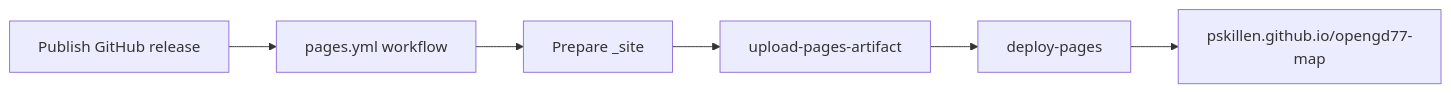
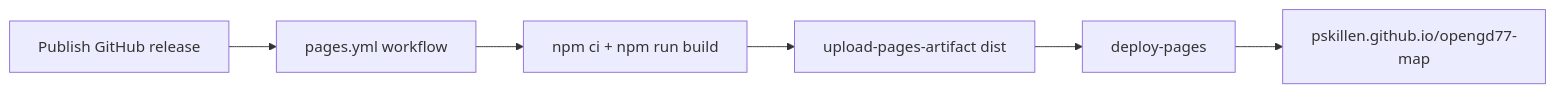
Before and after one commit to pskillen/codeplug-tool: the diagram in docs/build/README.md, drawn with Mermaid. The commit also changed other lines of this file and 3 other files, not shown here.

````diff
--- a/docs/build/README.md
+++ b/docs/build/README.md
@@ -46,8 +50,8 @@
 ```mermaid
 flowchart LR
   TAG[Publish GitHub release] --> WF[pages.yml workflow]
-  WF --> PREP[Prepare _site]
-  PREP --> ART[upload-pages-artifact]
+  WF --> BUILD[npm ci + npm run build]
+  BUILD --> ART[upload-pages-artifact dist]
   ART --> DEP[deploy-pages]
   DEP --> URL[pskillen.github.io/opengd77-map]
 ```
````
